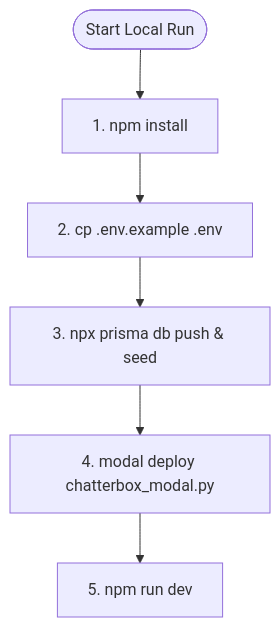
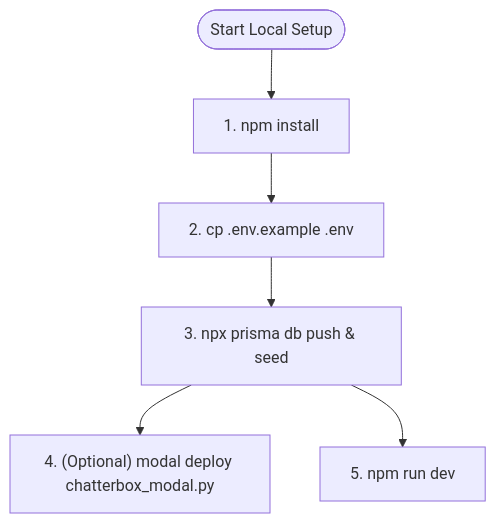
One commit to Sugandh147/voicey changed the third of 3 diagrams in README.md. Above: the diagram before and after it, drawn with Mermaid. The commit also changed other lines of this file and 14 other files, not shown here.

````diff
--- a/README.md
+++ b/README.md
@@ -104,8 +131,8 @@
 ```mermaid
 graph TD
-    Start([Start Local Run]) --> Install["1. npm install"]
+    Start([Start Local Setup]) --> Install["1. npm install"]
     Install --> Config["2. cp .env.example .env"]
     Config --> DB["3. npx prisma db push & seed"]
-    DB --> GPU["4. modal deploy chatterbox_modal.py"]
-    GPU --> Dev["5. npm run dev"]
+    DB --> GPU["4. (Optional) modal deploy chatterbox_modal.py"]
+    DB --> Dev["5. npm run dev"]
 ```
````
